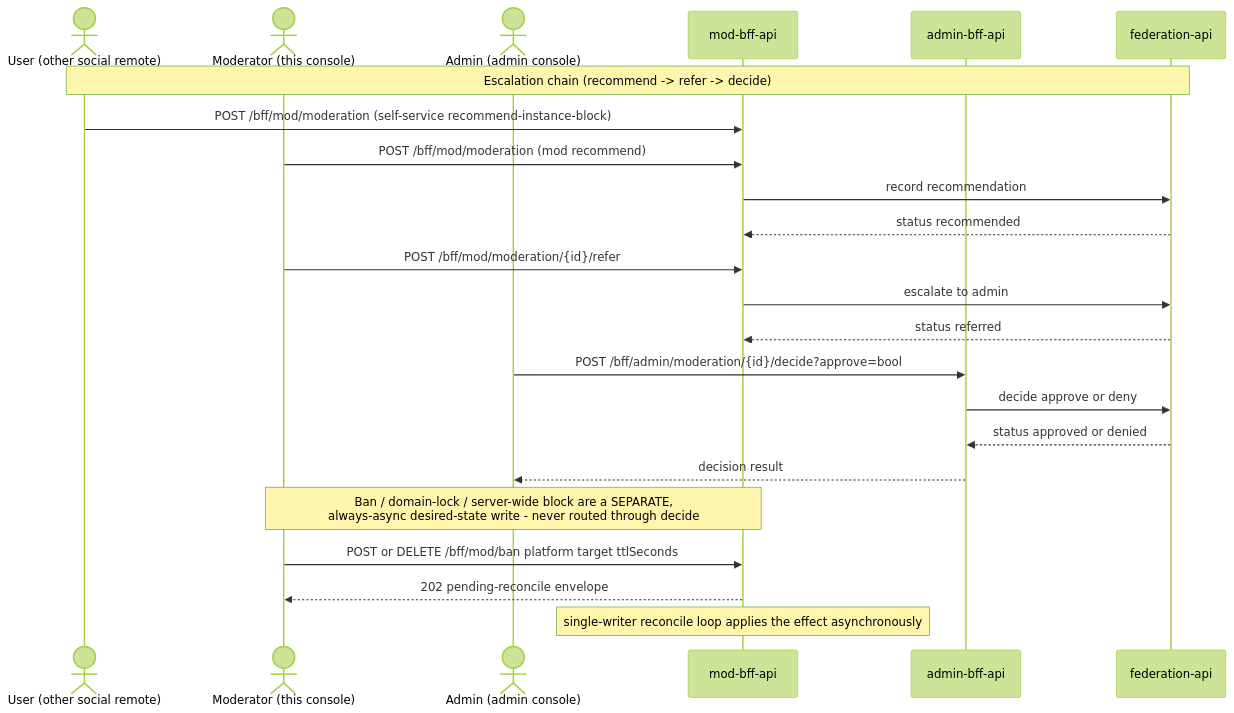
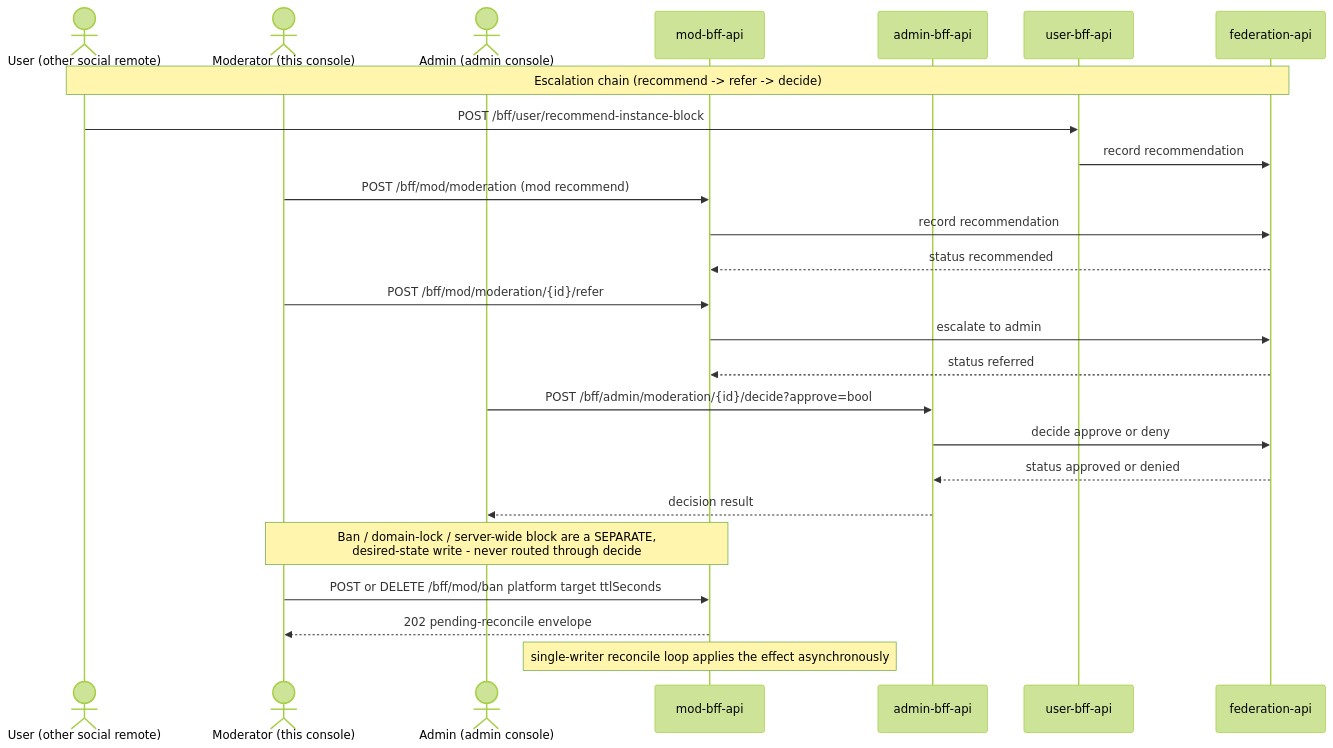
One commit to hugmesh/hugmesh.github.io changed the second of 2 diagrams in content/reference/mod-ui.md. Above: the diagram before and after it, drawn with Mermaid (forest theme). The commit also changed other lines of this file and 166 other files, not shown here.

````diff
--- a/content/reference/mod-ui.md
+++ b/content/reference/mod-ui.md
@@ -208,27 +270,29 @@
 ```mermaid
 sequenceDiagram
     actor U as User (other social remote)
     actor M as Moderator (this console)
     actor A as Admin (admin console)
     participant MB as mod-bff-api
     participant AB as admin-bff-api
+    participant UB as user-bff-api
     participant F as federation-api
 
     Note over U,F: Escalation chain (recommend -> refer -> decide)
-    U->>MB: POST /bff/mod/moderation (self-service recommend-instance-block)
+    U->>UB: POST /bff/user/recommend-instance-block
+    UB->>F: record recommendation
     M->>MB: POST /bff/mod/moderation (mod recommend)
     MB->>F: record recommendation
     F-->>MB: status recommended
     M->>MB: POST /bff/mod/moderation/{id}/refer
     MB->>F: escalate to admin
     F-->>MB: status referred
     A->>AB: POST /bff/admin/moderation/{id}/decide?approve=bool
     AB->>F: decide approve or deny
     F-->>AB: status approved or denied
     AB-->>A: decision result
 
-    Note over M,MB: Ban / domain-lock / server-wide block are a SEPARATE,<br/>always-async desired-state write - never routed through decide
+    Note over M,MB: Ban / domain-lock / server-wide block are a SEPARATE,<br/>desired-state write - never routed through decide
     M->>MB: POST or DELETE /bff/mod/ban platform target ttlSeconds
     MB-->>M: 202 pending-reconcile envelope
     Note over MB: single-writer reconcile loop applies the effect asynchronously
 ```
````
